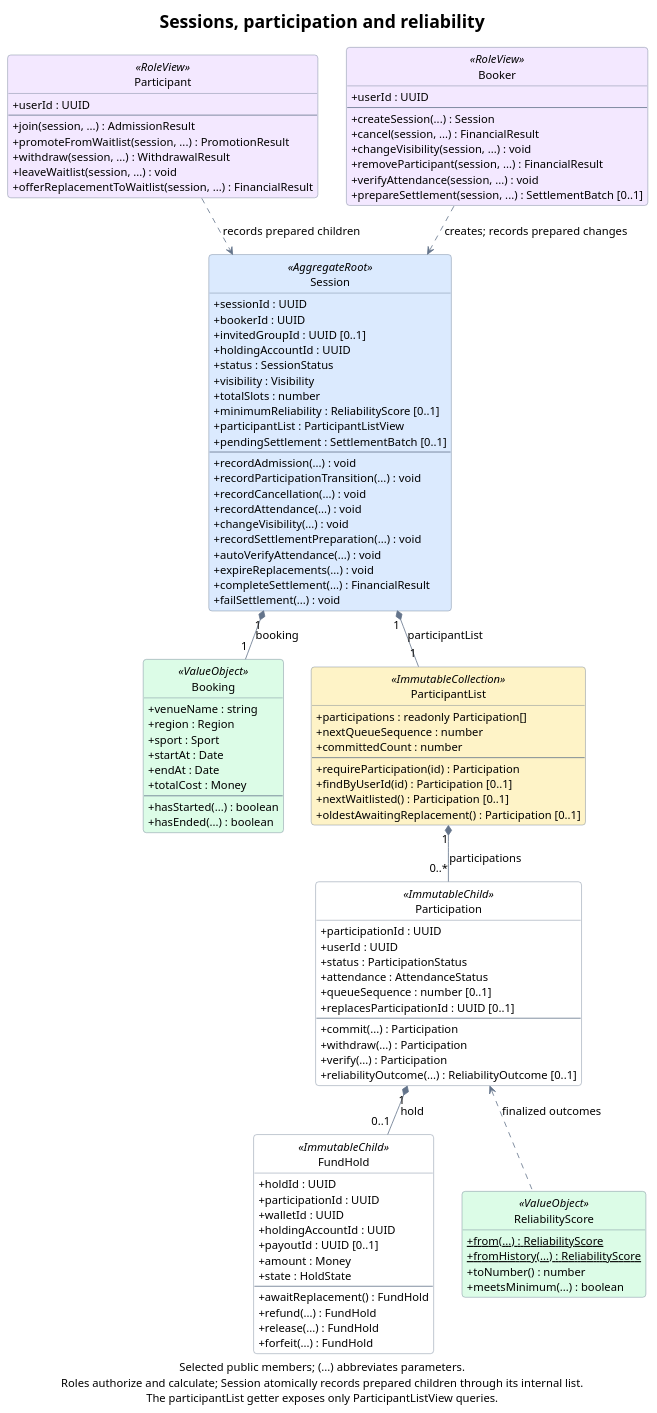
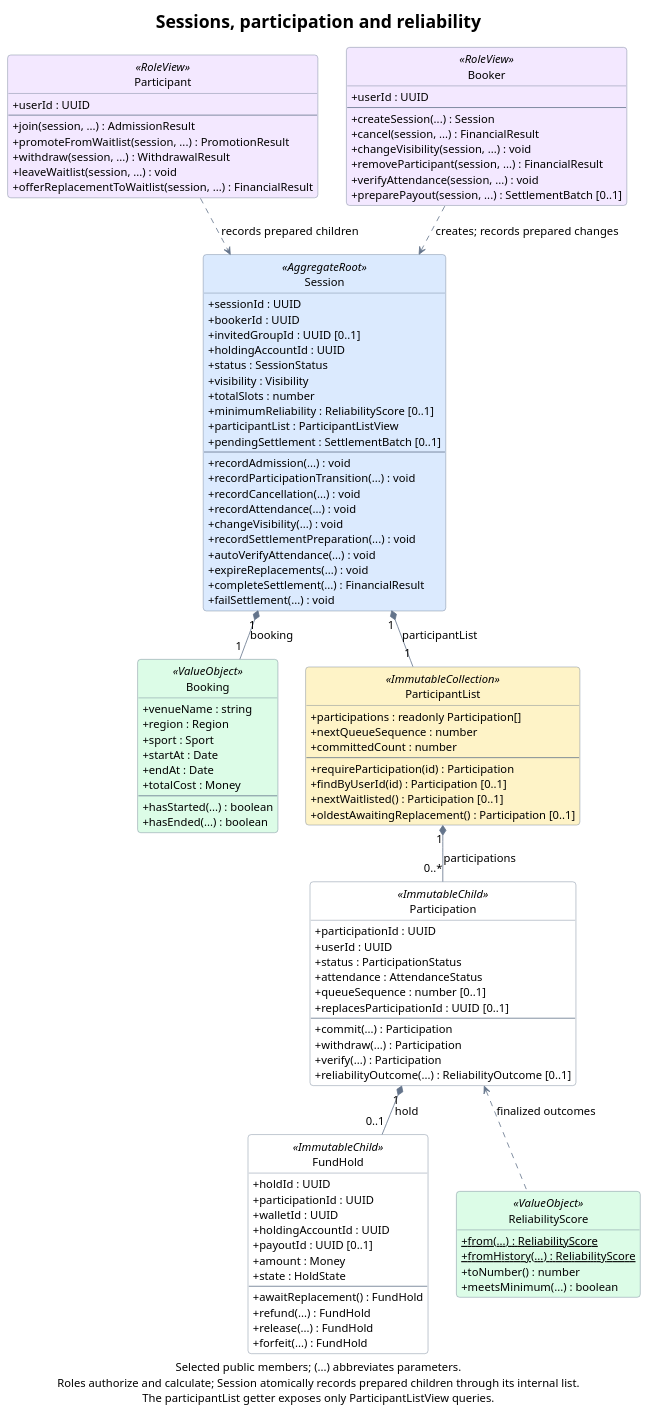
The diagram in docs/diagrams/domain-sessions.puml (rbrishi15/booking-web-manager), drawn with PlantUML before and after one commit. The commit also changed 26 other files, not shown here.

```diff
--- a/docs/diagrams/domain-sessions.puml
+++ b/docs/diagrams/domain-sessions.puml
@@ -1,140 +1,140 @@
 @startuml domain-sessions
 title Sessions, participation and reliability
 
 top to bottom direction
 hide empty members
 hide circle
 skinparam backgroundColor #FFFFFF
 skinparam shadowing false
 skinparam roundcorner 8
 skinparam defaultFontName SansSerif
 skinparam defaultFontSize 14
 skinparam titleFontSize 22
 skinparam ArrowColor #64748B
 skinparam classBorderColor #64748B
 skinparam classBackgroundColor #FFFFFF
 skinparam classBackgroundColor<<AggregateRoot>> #DBEAFE
 skinparam classBackgroundColor<<ValueObject>> #DCFCE7
 skinparam classBackgroundColor<<RoleView>> #F3E8FF
 skinparam classBackgroundColor<<ImmutableCollection>> #FEF3C7
 skinparam classAttributeIconSize 0
 skinparam linetype polyline
 skinparam nodesep 35
 skinparam ranksep 40
 
 class Session <<AggregateRoot>> {
   +sessionId : UUID
   +bookerId : UUID
   +invitedGroupId : UUID [0..1]
   +holdingAccountId : UUID
   +status : SessionStatus
   +visibility : Visibility
   +totalSlots : number
   +minimumReliability : ReliabilityScore [0..1]
   +participantList : ParticipantListView
   +pendingSettlement : SettlementBatch [0..1]
   --
   +recordAdmission(...) : void
   +recordParticipationTransition(...) : void
   +recordCancellation(...) : void
   +recordAttendance(...) : void
   +changeVisibility(...) : void
   +recordSettlementPreparation(...) : void
   +autoVerifyAttendance(...) : void
   +expireReplacements(...) : void
   +completeSettlement(...) : FinancialResult
   +failSettlement(...) : void
 }
 
 class Participant <<RoleView>> {
   +userId : UUID
   --
   +join(session, ...) : AdmissionResult
   +promoteFromWaitlist(session, ...) : PromotionResult
   +withdraw(session, ...) : WithdrawalResult
   +leaveWaitlist(session, ...) : void
   +offerReplacementToWaitlist(session, ...) : FinancialResult
 }
 
 class Booker <<RoleView>> {
   +userId : UUID
   --
   +createSession(...) : Session
   +cancel(session, ...) : FinancialResult
   +changeVisibility(session, ...) : void
   +removeParticipant(session, ...) : FinancialResult
   +verifyAttendance(session, ...) : void
-  +prepareSettlement(session, ...) : SettlementBatch [0..1]
+  +preparePayout(session, ...) : SettlementBatch [0..1]
 }
 
 class Booking <<ValueObject>> {
   +venueName : string
   +region : Region
   +sport : Sport
   +startAt : Date
   +endAt : Date
   +totalCost : Money
   --
   +hasStarted(...) : boolean
   +hasEnded(...) : boolean
 }
 
 class ParticipantList <<ImmutableCollection>> {
   +participations : readonly Participation[]
   +nextQueueSequence : number
   +committedCount : number
   --
   +requireParticipation(id) : Participation
   +findByUserId(id) : Participation [0..1]
   +nextWaitlisted() : Participation [0..1]
   +oldestAwaitingReplacement() : Participation [0..1]
 }
 
 class Participation <<ImmutableChild>> {
   +participationId : UUID
   +userId : UUID
   +status : ParticipationStatus
   +attendance : AttendanceStatus
   +queueSequence : number [0..1]
   +replacesParticipationId : UUID [0..1]
   --
   +commit(...) : Participation
   +withdraw(...) : Participation
   +verify(...) : Participation
   +reliabilityOutcome(...) : ReliabilityOutcome [0..1]
 }
 
 class FundHold <<ImmutableChild>> {
   +holdId : UUID
   +participationId : UUID
   +walletId : UUID
   +holdingAccountId : UUID
   +payoutId : UUID [0..1]
   +amount : Money
   +state : HoldState
   --
   +awaitReplacement() : FundHold
   +refund(...) : FundHold
   +release(...) : FundHold
   +forfeit(...) : FundHold
 }
 
 class ReliabilityScore <<ValueObject>> {
   {static} +from(...) : ReliabilityScore
   {static} +fromHistory(...) : ReliabilityScore
   +toNumber() : number
   +meetsMinimum(...) : boolean
 }
 
 Session "1" *-down- "1" Booking : booking
 Participant .down.> Session : records prepared children
 Booker .down.> Session : creates; records prepared changes
 Session "1" *-down- "1" ParticipantList : participantList
 ParticipantList "1" *-down- "0..*" Participation : participations
 Participation "1" *-down- "0..1" FundHold : hold
 ReliabilityScore .up.> Participation : finalized outcomes
 Booking -[hidden]right- ParticipantList
 FundHold -[hidden]right- ReliabilityScore
 
 caption Selected public members; (...) abbreviates parameters.\nRoles authorize and calculate; Session atomically records prepared children through its internal list.\nThe participantList getter exposes only ParticipantListView queries.
 @enduml
```
